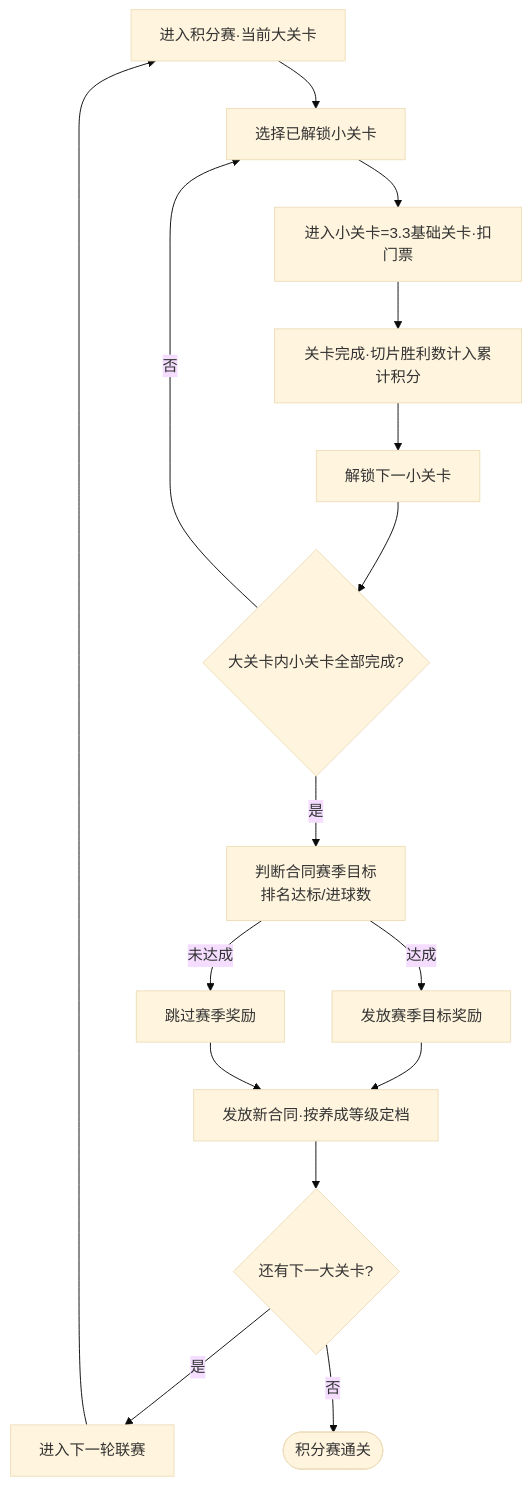
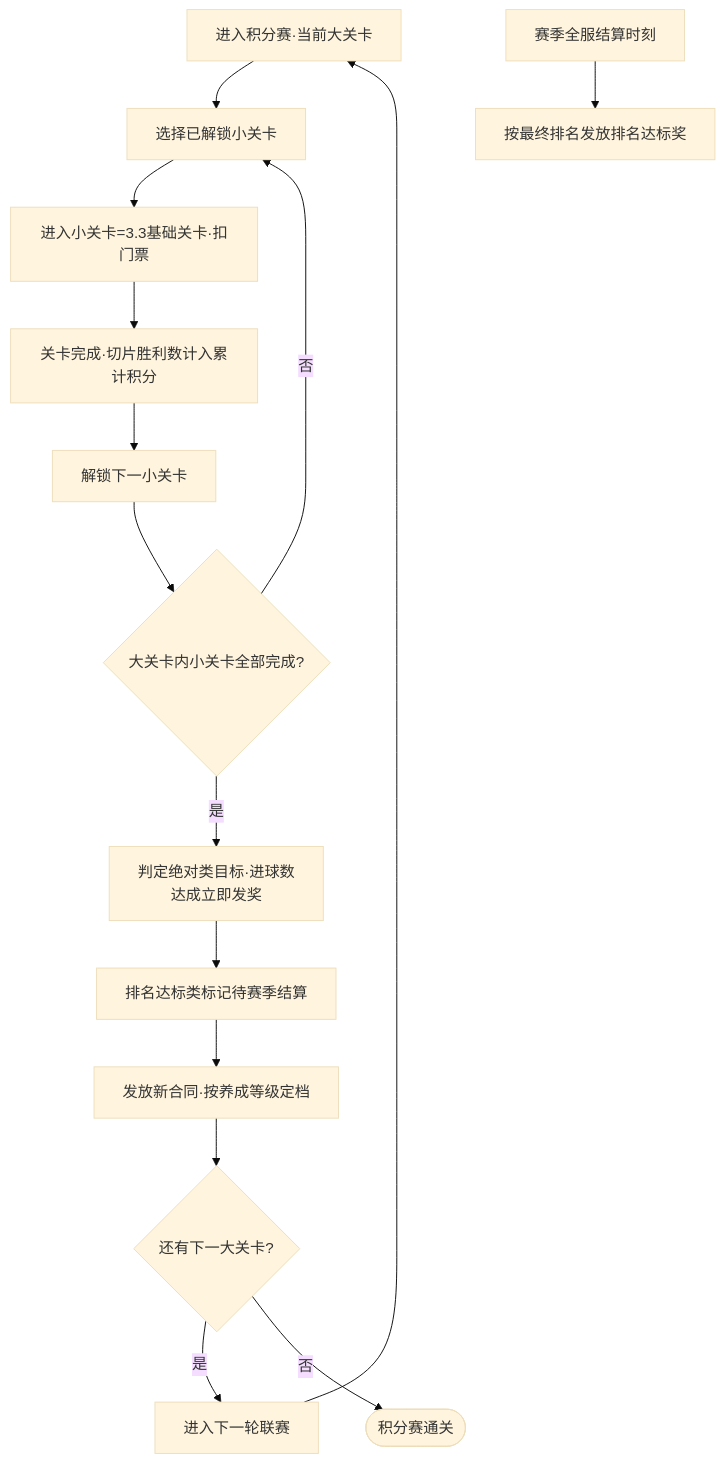
Before and after one commit to RehearsalTap4Fun/MindToDoc: the fifth of 11 diagrams in output/2026世界杯主题活动-开发文档.md, drawn with Mermaid (base theme). The commit also changed other lines of this file, not shown here.

````diff
--- a/output/2026世界杯主题活动-开发文档.md
+++ b/output/2026世界杯主题活动-开发文档.md
@@ -401,17 +458,16 @@
 ```mermaid
 flowchart TD
     A[进入积分赛·当前大关卡] --> B[选择已解锁小关卡]
     B --> C[进入小关卡=3.3基础关卡·扣门票]
     C --> D[关卡完成·切片胜利数计入累计积分]
     D --> E[解锁下一小关卡]
     E --> F{大关卡内小关卡全部完成?}
     F -->|否| B
-    F -->|是| G[判断合同赛季目标<br/>排名达标/进球数]
-    G -->|达成| H[发放赛季目标奖励]
-    G -->|未达成| I[跳过赛季奖励]
+    F -->|是| G[判定绝对类目标·进球数<br/>达成立即发奖]
+    G --> H[排名达标类标记待赛季结算]
     H --> J[发放新合同·按养成等级定档]
-    I --> J
+    I[赛季全服结算时刻] --> I2[按最终排名发放排名达标奖]
     J --> K{还有下一大关卡?}
     K -->|是| L[进入下一轮联赛] --> A
     K -->|否| M([积分赛通关])
 ```
````
